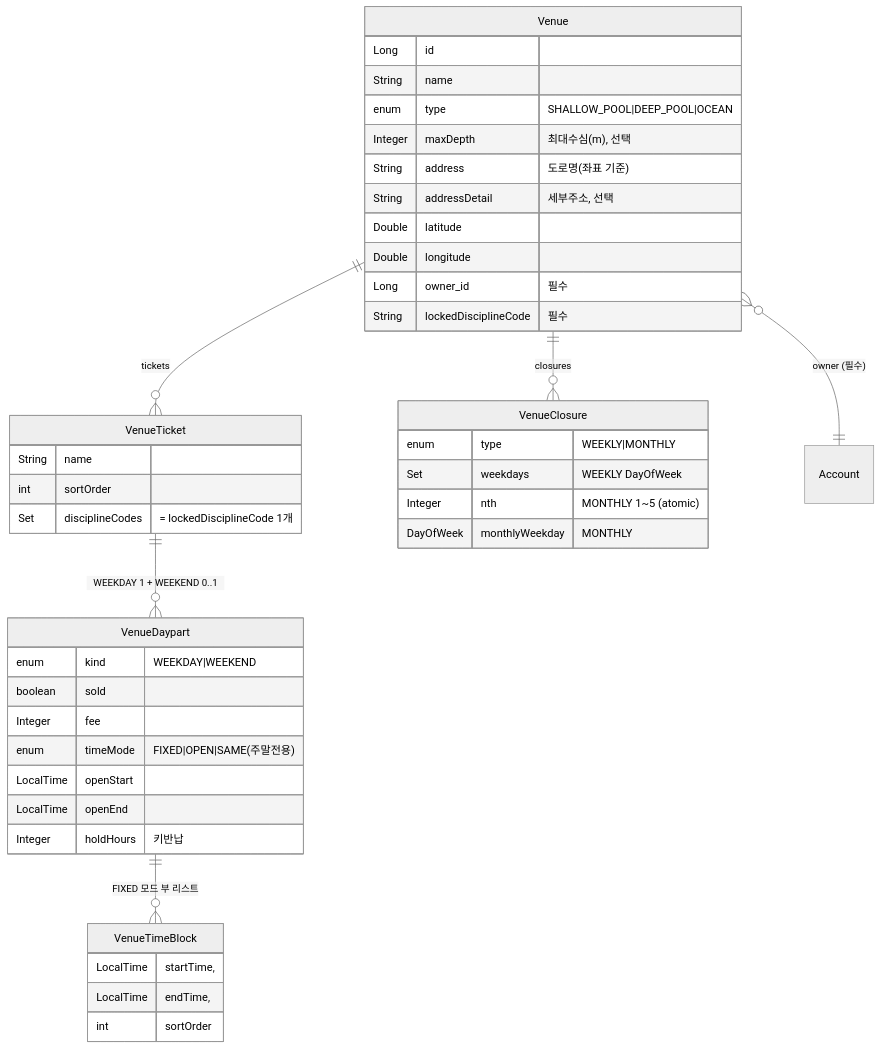
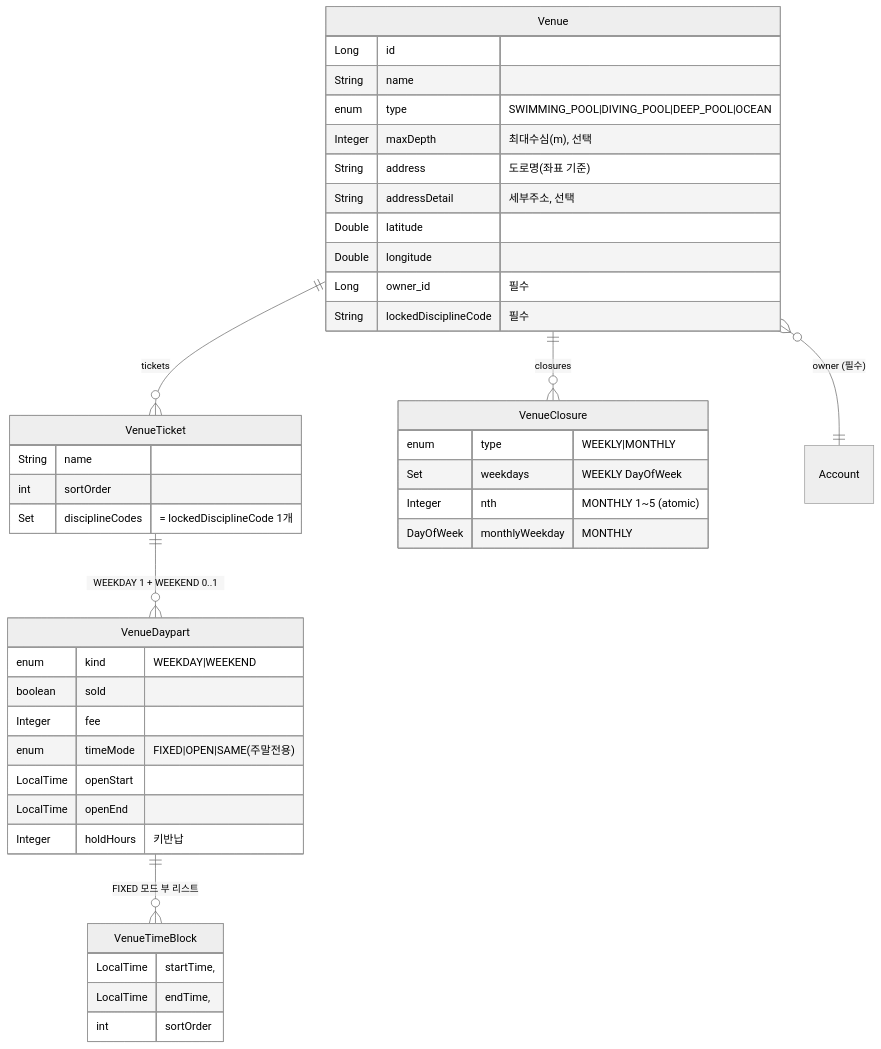
The fourth of 4 diagrams in docs/architecture/venue.md (pungdong/Pungdong-Backend), drawn with Mermaid (neutral theme) before and after one commit. The commit also changed 4 other files, not shown here.

First line of the commit message:
Feat: venue 유형 4종으로 — SWIMMING_POOL/DIVING_POOL 분리

````diff
--- a/docs/architecture/venue.md
+++ b/docs/architecture/venue.md
@@ -86,42 +86,42 @@
 ```mermaid
 erDiagram
   Venue ||--o{ VenueTicket : tickets
   Venue ||--o{ VenueClosure : closures
   VenueTicket ||--o{ VenueDaypart : "WEEKDAY 1 + WEEKEND 0..1"
   VenueDaypart ||--o{ VenueTimeBlock : "FIXED 모드 부 리스트"
   Venue }o--|| Account : "owner (필수)"
 
   Venue {
     Long id
     String name
-    enum type "SHALLOW_POOL|DEEP_POOL|OCEAN"
+    enum type "SWIMMING_POOL|DIVING_POOL|DEEP_POOL|OCEAN"
     Integer maxDepth "최대수심(m), 선택"
     String address "도로명(좌표 기준)"
     String addressDetail "세부주소, 선택"
     Double latitude
     Double longitude
     Long owner_id "필수"
     String lockedDisciplineCode "필수"
   }
   VenueTicket {
     String name
     int sortOrder
     Set disciplineCodes "= lockedDisciplineCode 1개"
   }
   VenueDaypart {
     enum kind "WEEKDAY|WEEKEND"
     boolean sold
     Integer fee
     enum timeMode "FIXED|OPEN|SAME(주말전용)"
     LocalTime openStart
     LocalTime openEnd
     Integer holdHours "키반납"
   }
   VenueTimeBlock { LocalTime startTime, LocalTime endTime, int sortOrder }
   VenueClosure {
     enum type "WEEKLY|MONTHLY"
     Set weekdays "WEEKLY DayOfWeek"
     Integer nth "MONTHLY 1~5 (atomic)"
     DayOfWeek monthlyWeekday "MONTHLY"
   }
 ```
````
